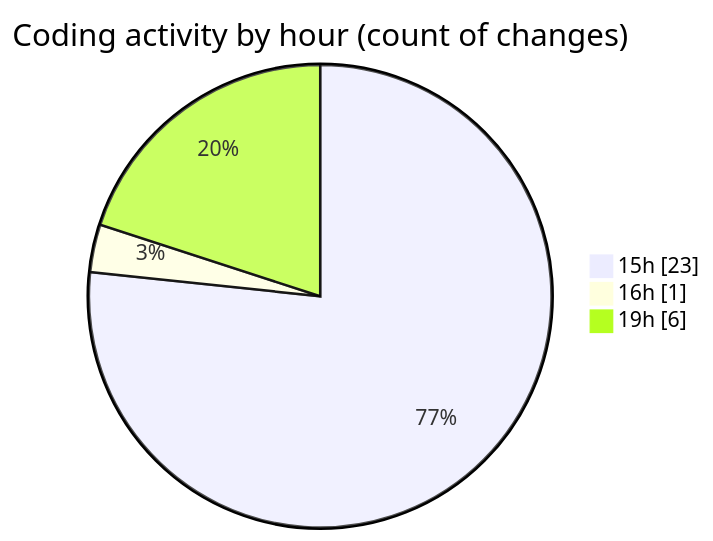
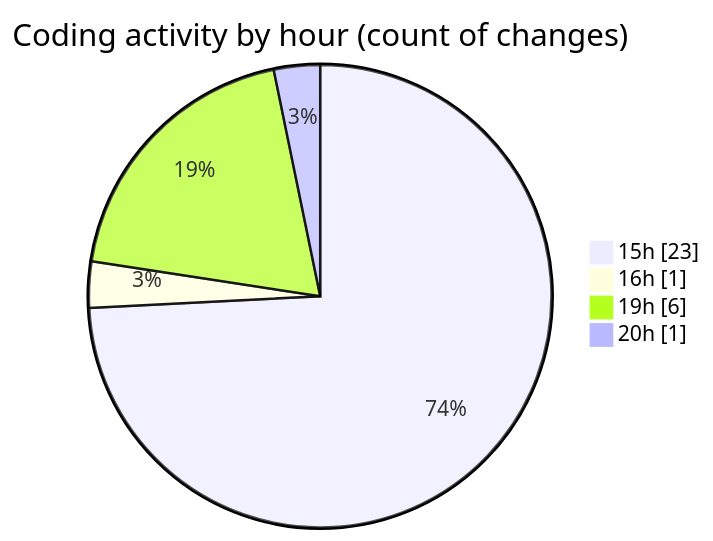
One commit to robertbonfada/code-tracking changed the second of 2 diagrams in 2025-03-03/snake-game/README.md. Above: the diagram before and after it, drawn with Mermaid. The commit also changed other lines of this file and 1 other file, not shown here.

````diff
--- a/2025-03-03/snake-game/README.md
+++ b/2025-03-03/snake-game/README.md
@@ -33,7 +34,8 @@
 ```mermaid
 pie showData
 title Coding activity by hour (count of changes)
 "15h" : 23
 "16h" : 1
 "19h" : 6
+"20h" : 1
 ```
````
